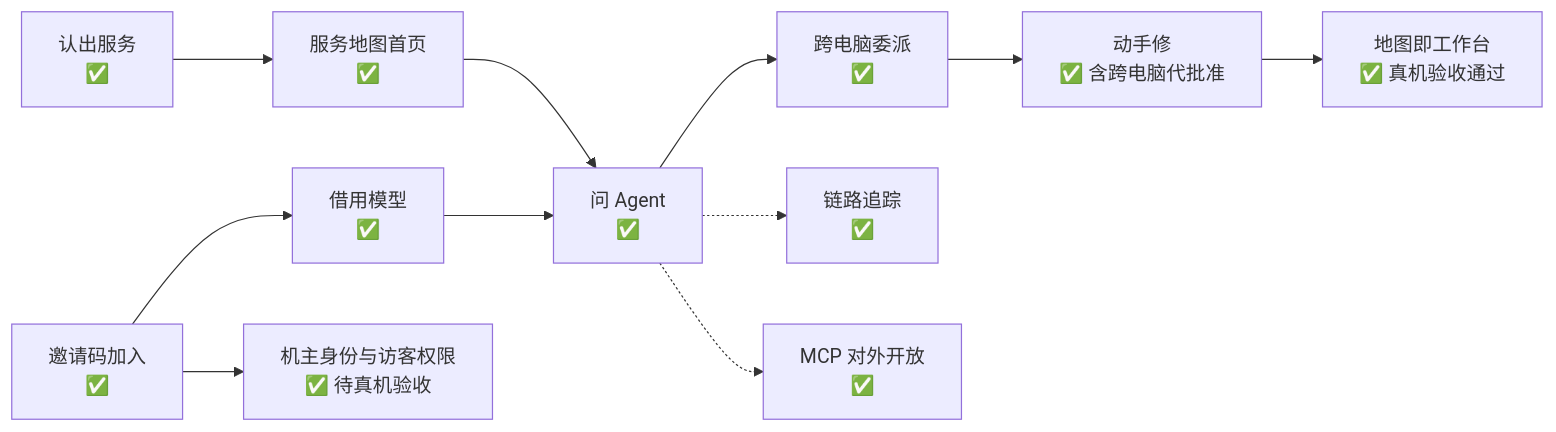
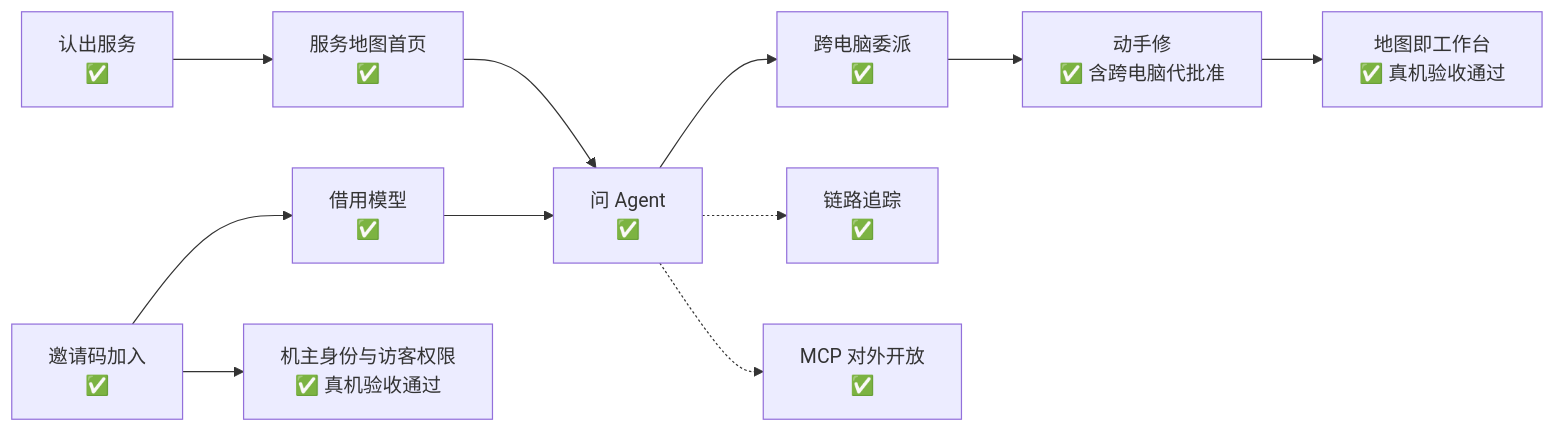
The diagram in docs/project/roadmap.md (Sugarfarmeriod/TunnelMinion), drawn with Mermaid before and after one commit. The commit also changed other lines of this file and 1 other file, not shown here.

First line of the commit message:
docs: 机主身份真机验收通过，写回验收记录和路线图 (#206)

````diff
--- a/docs/project/roadmap.md
+++ b/docs/project/roadmap.md
@@ -15,13 +15,13 @@
 ```mermaid
 flowchart LR
     S["认出服务<br/>✅"] --> M["服务地图首页<br/>✅"]
     M --> Q["问 Agent<br/>✅"]
     Q --> D["跨电脑委派<br/>✅"]
     D --> R["动手修<br/>✅ 含跨电脑代批准"]
     R --> W["地图即工作台<br/>✅ 真机验收通过"]
     J["邀请码加入<br/>✅"] --> B["借用模型<br/>✅"]
-    J --> I["机主身份与访客权限<br/>✅ 待真机验收"]
+    J --> I["机主身份与访客权限<br/>✅ 真机验收通过"]
     B --> Q
     Q -.-> O["链路追踪<br/>✅"]
     Q -.-> X["MCP 对外开放<br/>✅"]
 ```
````
